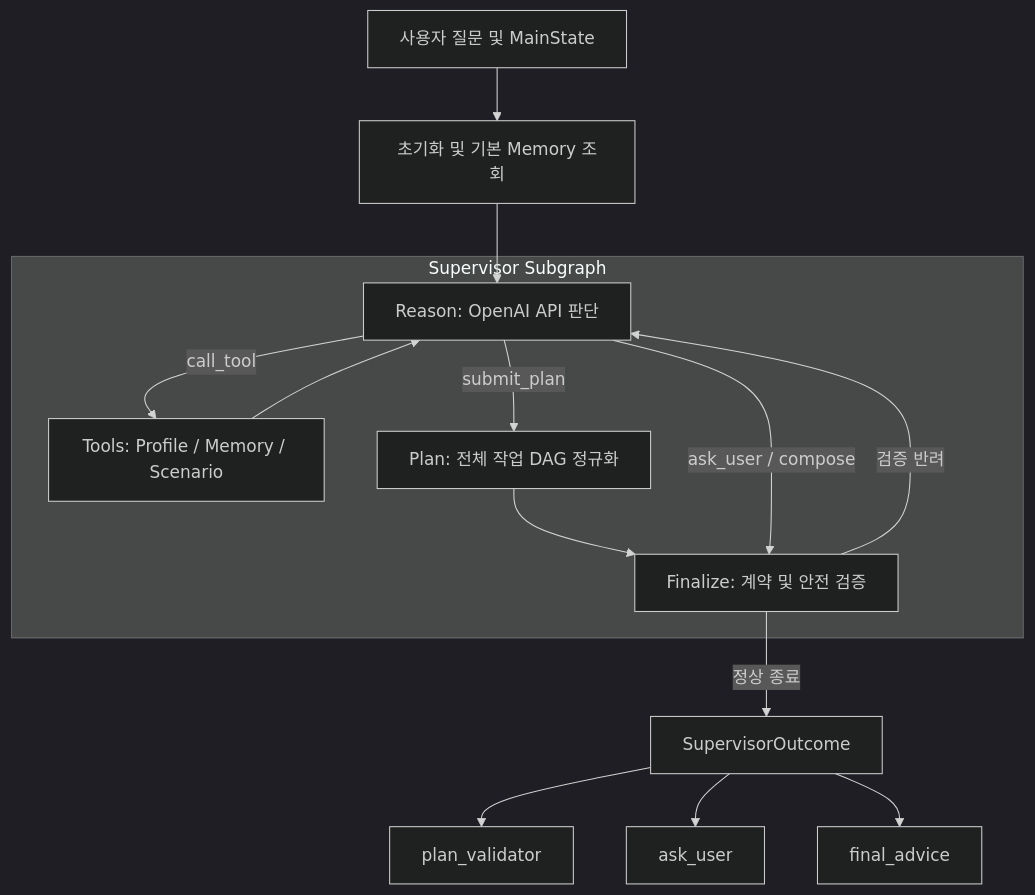
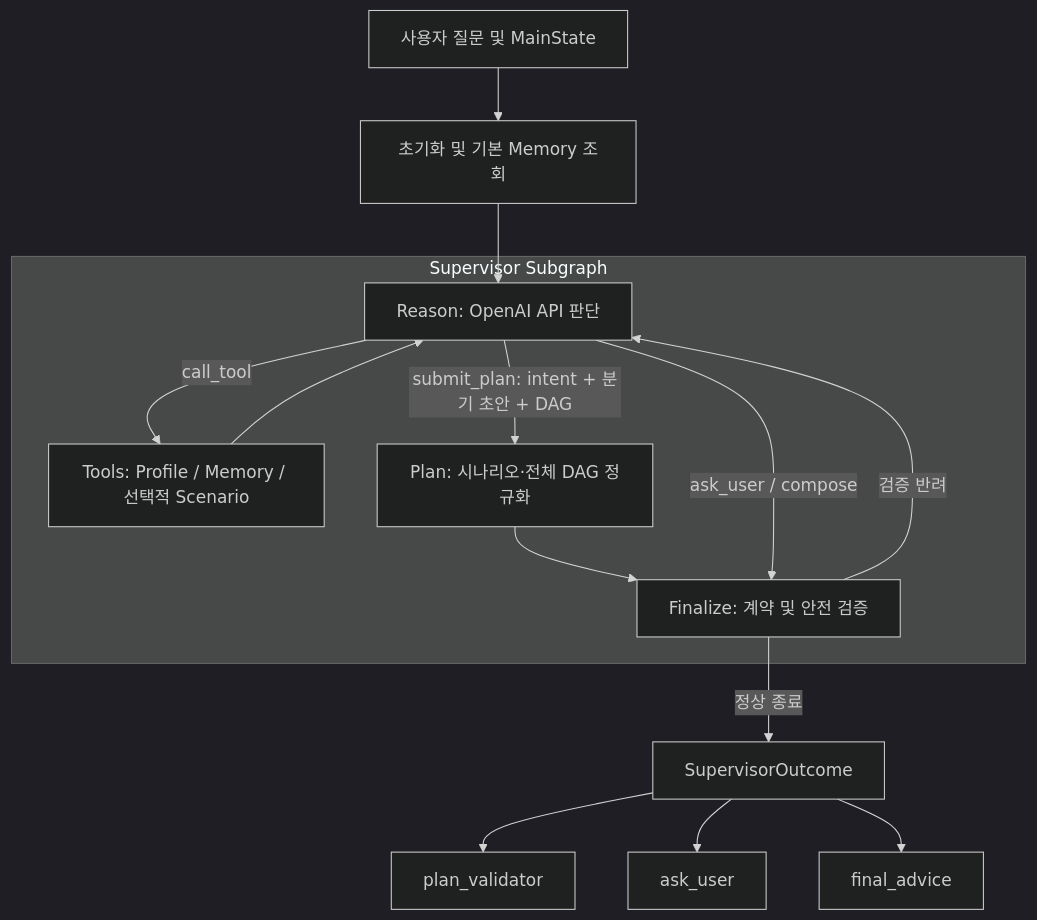
The first of 3 diagrams in docs/Supervisor_Developer_Guide.md (encore-ai-campus/mle-01-final-team1), drawn with Mermaid (dark theme) before and after one commit. The commit also changed other lines of this file and 11 other files, not shown here.

````diff
--- a/docs/Supervisor_Developer_Guide.md
+++ b/docs/Supervisor_Developer_Guide.md
@@ -35,17 +35,17 @@
 ```mermaid
 flowchart TD
     A[사용자 질문 및 MainState] --> I[초기화 및 기본 Memory 조회]
     I --> R[Reason: OpenAI API 판단]
     subgraph S[Supervisor Subgraph]
-        R -->|call_tool| T[Tools: Profile / Memory / Scenario]
+        R -->|call_tool| T[Tools: Profile / Memory / 선택적 Scenario]
         T --> R
-        R -->|submit_plan| P[Plan: 전체 작업 DAG 정규화]
+        R -->|submit_plan: intent + 분기 초안 + DAG| P[Plan: 시나리오·전체 DAG 정규화]
         P --> F[Finalize: 계약 및 안전 검증]
         R -->|ask_user / compose| F
         F -->|검증 반려| R
     end
     F -->|정상 종료| O[SupervisorOutcome]
     O --> V[plan_validator]
     O --> Q[ask_user]
     O --> C[final_advice]
 ```
````
